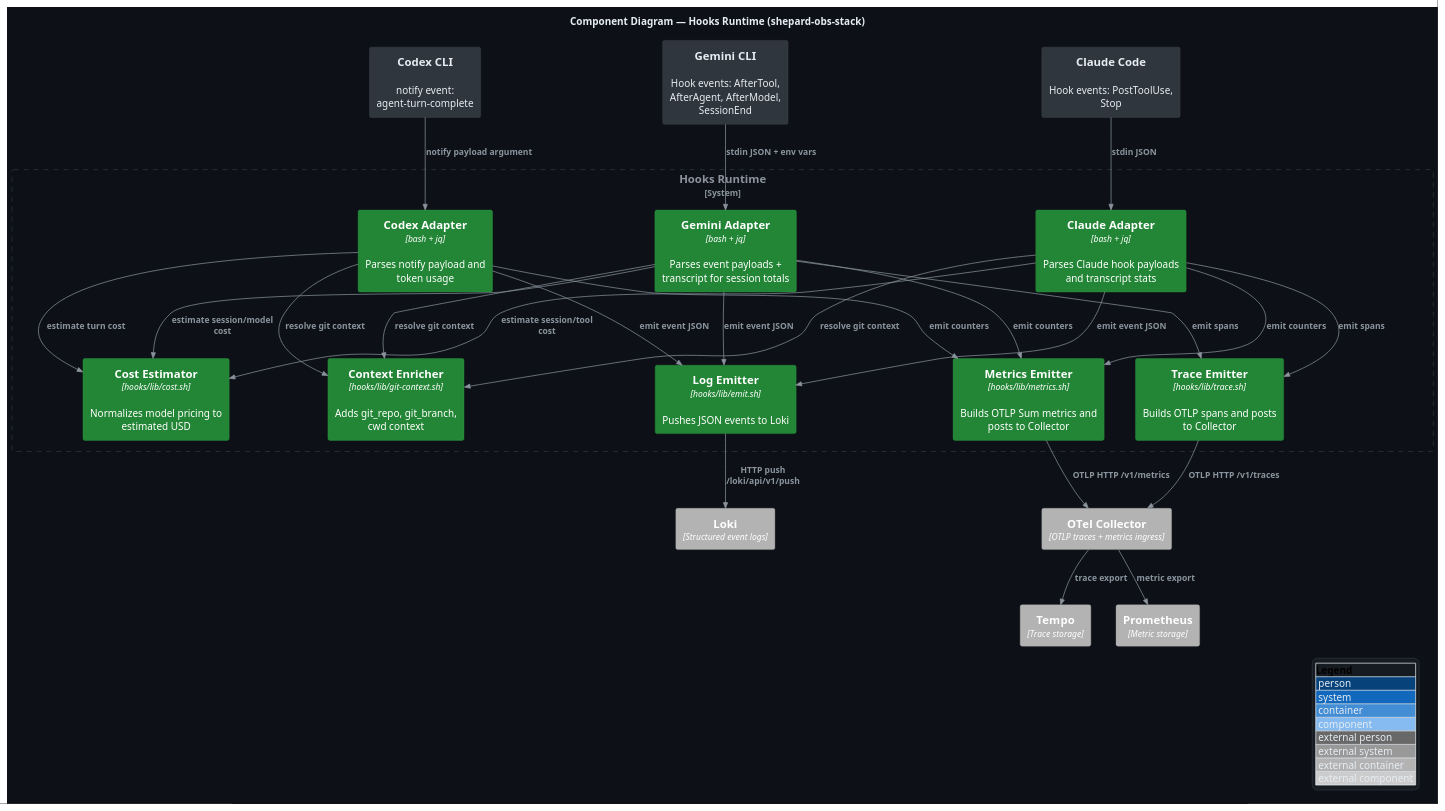
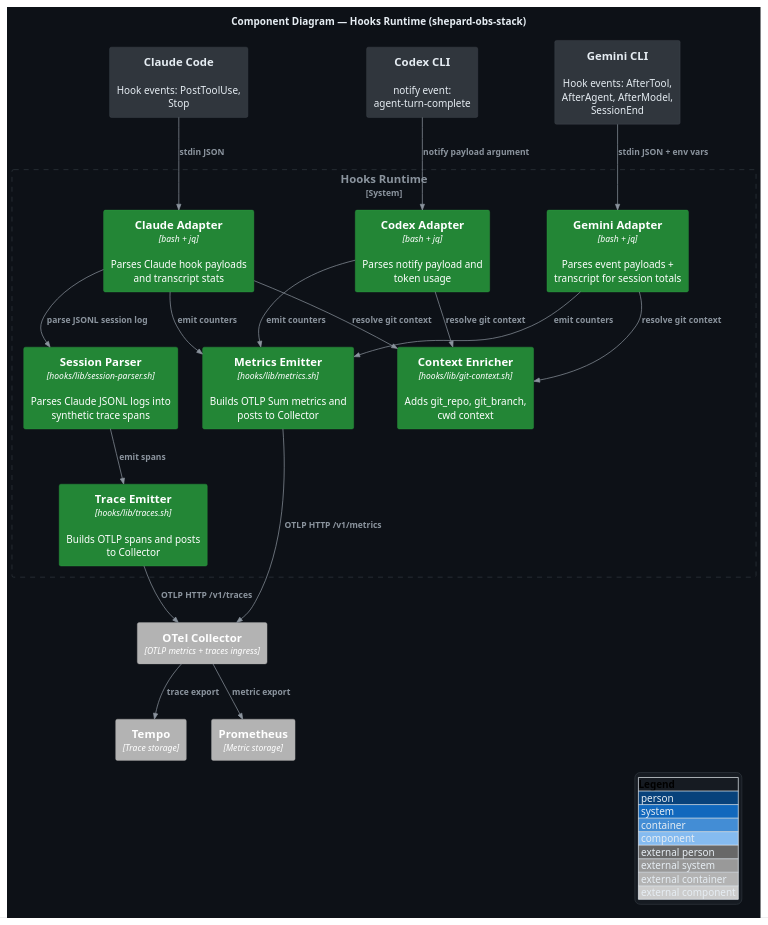
Before and after one commit to shepard-system/shepard-obs-stack: the diagram in docs/c4/c3-hooks-components.puml, drawn with PlantUML. The commit also changed 4 other files, not shown here.

First line of the commit message:
Fix stale C4 diagrams and CLAUDE.md Loki labels

```diff
--- a/docs/c4/c3-hooks-components.puml
+++ b/docs/c4/c3-hooks-components.puml
@@ -1,75 +1,64 @@
 @startuml c3-hooks-components
 !include https://raw.githubusercontent.com/plantuml-stdlib/C4-PlantUML/master/C4_Component.puml
 
 ' ── Dark theme (GitHub #0d1117) ──
 skinparam backgroundColor #0d1117
 skinparam defaultFontColor #e6edf3
 skinparam ArrowColor #8b949e
 skinparam ArrowFontColor #8b949e
 skinparam titleFontColor #e6edf3
 skinparam legendBackgroundColor #161b22
 skinparam legendBorderColor #30363d
 skinparam legendFontColor #e6edf3
 
 UpdateElementStyle("person", $bgColor="#1f6feb", $fontColor="#ffffff", $borderColor="#388bfd")
 UpdateElementStyle("system", $bgColor="#1f6feb", $fontColor="#ffffff", $borderColor="#388bfd")
 UpdateElementStyle("external_system", $bgColor="#30363d", $fontColor="#e6edf3", $borderColor="#484f58")
 UpdateElementStyle("container", $bgColor="#1f6feb", $fontColor="#ffffff", $borderColor="#388bfd")
 UpdateElementStyle("component", $bgColor="#238636", $fontColor="#ffffff", $borderColor="#2ea043")
 UpdateElementStyle("system_boundary", $fontColor="#8b949e", $borderColor="#30363d")
 
 LAYOUT_WITH_LEGEND()
 
 title Component Diagram — Hooks Runtime (shepard-obs-stack)
 
 System_Ext(claude, "Claude Code", "Hook events: PostToolUse, Stop")
 System_Ext(codex, "Codex CLI", "notify event: agent-turn-complete")
 System_Ext(gemini, "Gemini CLI", "Hook events: AfterTool, AfterAgent, AfterModel, SessionEnd")
 
-Container_Ext(loki, "Loki", "Structured event logs")
-Container_Ext(collector, "OTel Collector", "OTLP traces + metrics ingress")
+Container_Ext(collector, "OTel Collector", "OTLP metrics + traces ingress")
 Container_Ext(tempo, "Tempo", "Trace storage")
 Container_Ext(prometheus, "Prometheus", "Metric storage")
 
 System_Boundary(hooks_runtime, "Hooks Runtime") {
     Component(adapter_claude, "Claude Adapter", "bash + jq", "Parses Claude hook payloads and transcript stats")
     Component(adapter_codex, "Codex Adapter", "bash + jq", "Parses notify payload and token usage")
     Component(adapter_gemini, "Gemini Adapter", "bash + jq", "Parses event payloads + transcript for session totals")
 
     Component(enricher, "Context Enricher", "hooks/lib/git-context.sh", "Adds git_repo, git_branch, cwd context")
-    Component(cost, "Cost Estimator", "hooks/lib/cost.sh", "Normalizes model pricing to estimated USD")
-    Component(emit_logs, "Log Emitter", "hooks/lib/emit.sh", "Pushes JSON events to Loki")
-    Component(emit_traces, "Trace Emitter", "hooks/lib/trace.sh", "Builds OTLP spans and posts to Collector")
     Component(emit_metrics, "Metrics Emitter", "hooks/lib/metrics.sh", "Builds OTLP Sum metrics and posts to Collector")
+    Component(emit_traces, "Trace Emitter", "hooks/lib/traces.sh", "Builds OTLP spans and posts to Collector")
+    Component(session_parser, "Session Parser", "hooks/lib/session-parser.sh", "Parses Claude JSONL logs into synthetic trace spans")
 }
 
 Rel(claude, adapter_claude, "stdin JSON")
 Rel(codex, adapter_codex, "notify payload argument")
 Rel(gemini, adapter_gemini, "stdin JSON + env vars")
 
 Rel(adapter_claude, enricher, "resolve git context")
 Rel(adapter_codex, enricher, "resolve git context")
 Rel(adapter_gemini, enricher, "resolve git context")
 
-Rel(adapter_claude, cost, "estimate session/tool cost")
-Rel(adapter_codex, cost, "estimate turn cost")
-Rel(adapter_gemini, cost, "estimate session/model cost")
-
-Rel(adapter_claude, emit_logs, "emit event JSON")
-Rel(adapter_codex, emit_logs, "emit event JSON")
-Rel(adapter_gemini, emit_logs, "emit event JSON")
-
-Rel(adapter_claude, emit_traces, "emit spans")
-Rel(adapter_gemini, emit_traces, "emit spans")
-
 Rel(adapter_claude, emit_metrics, "emit counters")
 Rel(adapter_codex, emit_metrics, "emit counters")
 Rel(adapter_gemini, emit_metrics, "emit counters")
 
-Rel(emit_logs, loki, "HTTP push /loki/api/v1/push")
+Rel(adapter_claude, session_parser, "parse JSONL session log")
+Rel(session_parser, emit_traces, "emit spans")
+
+Rel(emit_metrics, collector, "OTLP HTTP /v1/metrics")
 Rel(emit_traces, collector, "OTLP HTTP /v1/traces")
-Rel(emit_metrics, collector, "OTLP HTTP /v1/metrics")
+Rel(collector, prometheus, "metric export")
 Rel(collector, tempo, "trace export")
-Rel(collector, prometheus, "metric export")
 
 @enduml
```
